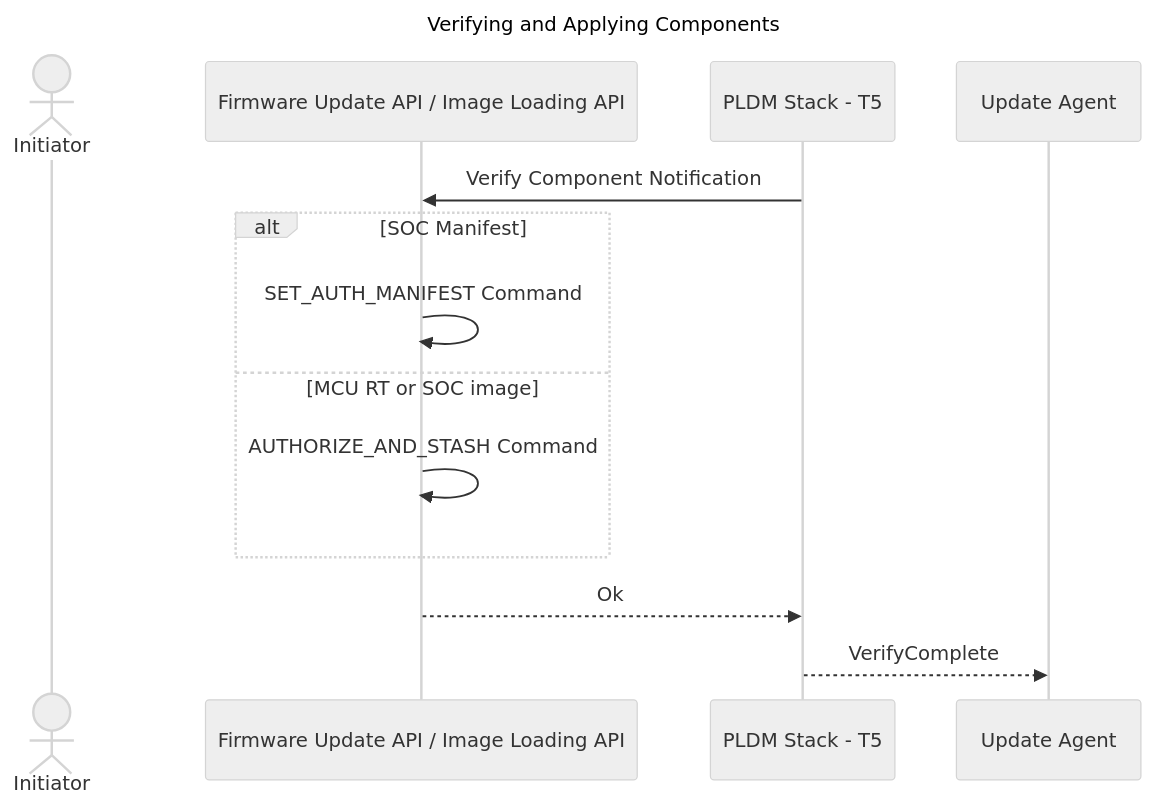
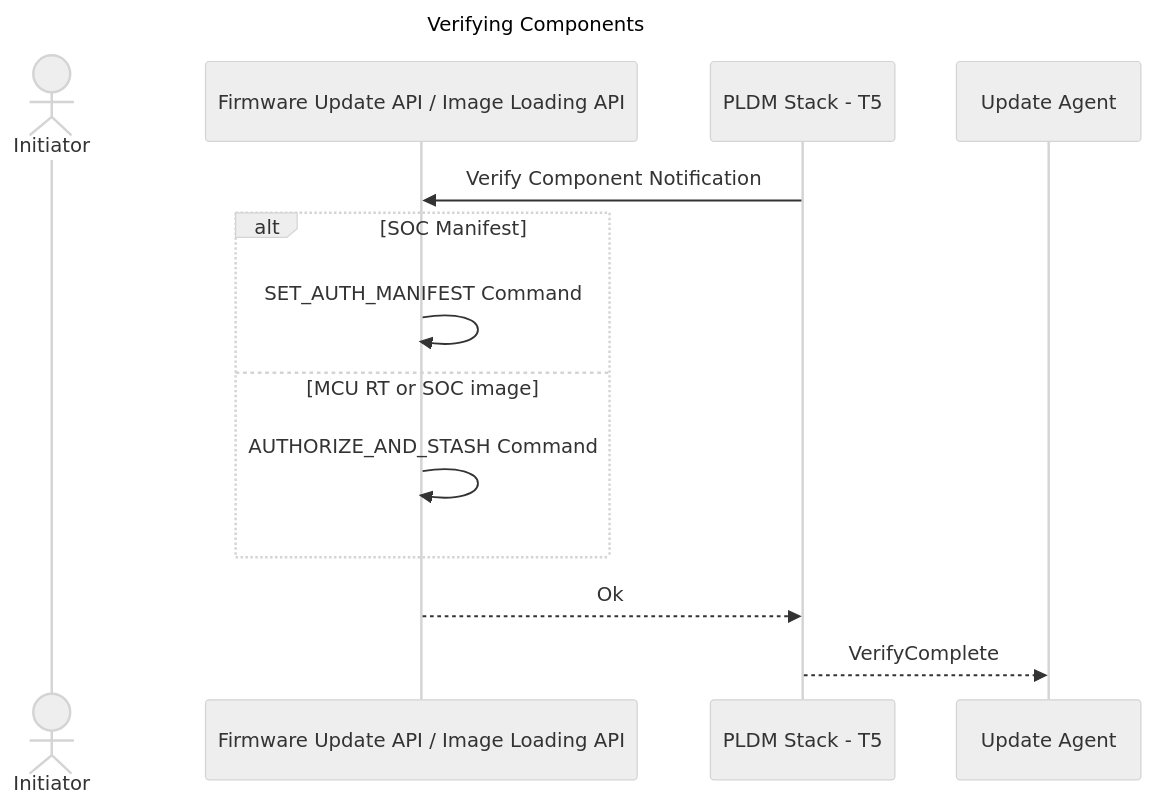
One commit to chipsalliance/caliptra-mcu-sw changed the sixth of 8 diagrams in docs/src/firmware_update_and_streaming_boot.md. Above: the diagram before and after it, drawn with Mermaid (neutral theme). The commit also changed other lines of this file and 1 other file, not shown here.

Commit message:
Add Apply sequence diagram

````diff
--- a/docs/src/firmware_update_and_streaming_boot.md
+++ b/docs/src/firmware_update_and_streaming_boot.md
@@ -144,20 +144,20 @@
 ```mermaid
 sequenceDiagram
-    title Verifying and Applying Components
+    title Verifying Components
 
     actor App as Initiator
     participant API as Firmware Update API / Image Loading API
     participant Firmware as PLDM Stack - T5
     participant PLDM as Update Agent    
     
     Firmware->>API: Verify Component Notification
 
     alt SOC Manifest
         API->>API: SET_AUTH_MANIFEST Command
     else MCU RT or SOC image
         API->>API: AUTHORIZE_AND_STASH Command
     end
 
     API-->>Firmware: Ok
     Firmware-->>PLDM: VerifyComplete
 ```
````
